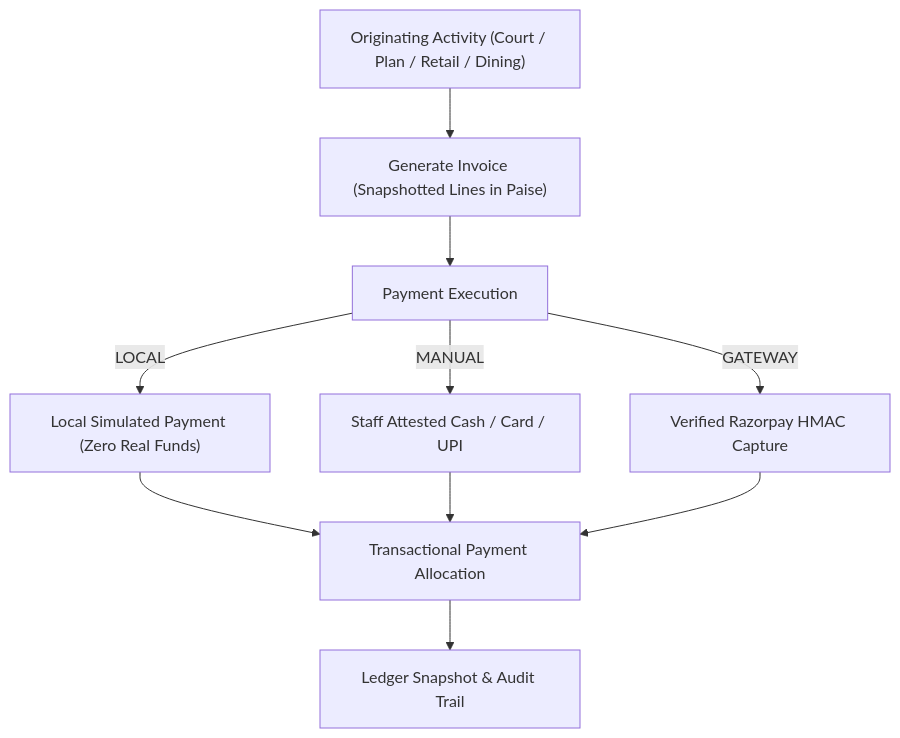
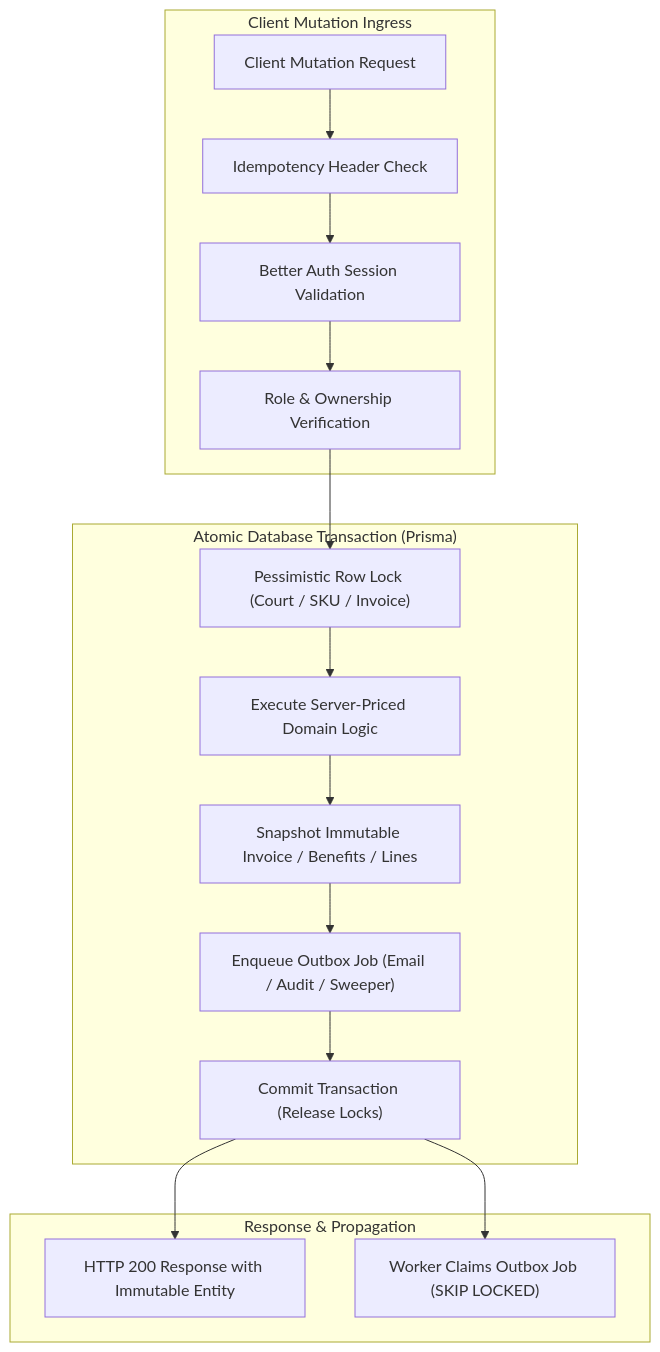
One commit to Charantej06/Sports-Club-Management-System changed the second of 12 diagrams in README.md. Above: the diagram before and after it, drawn with Mermaid. The commit also changed other lines of this file, not shown here.

Commit message:
docs: finalize comprehensive README with quickstart, architecture diagrams, and workflows

````diff
--- a/README.md
+++ b/README.md
@@ -221,12 +229,21 @@
 ```mermaid
 flowchart TD
-    Operation["Originating Activity (Court / Plan / Retail / Dining)"] --> Invoice["Generate Invoice (Snapshotted Lines in Paise)"]
-    Invoice --> Payment["Payment Execution"]
-    Payment -->|LOCAL| SimReceipt["Local Simulated Payment (Zero Real Funds)"]
-    Payment -->|MANUAL| StaffReceipt["Staff Attested Cash / Card / UPI"]
-    Payment -->|GATEWAY| RazorpayReceipt["Verified Razorpay HMAC Capture"]
-    SimReceipt --> Allocation["Transactional Payment Allocation"]
-    StaffReceipt --> Allocation
-    RazorpayReceipt --> Allocation
-    Allocation --> Ledger["Ledger Snapshot & Audit Trail"]
+    subgraph INGRESS["Client Mutation Ingress"]
+        REQ["Client Mutation Request"] --> IDEM["Idempotency Header Check"]
+        IDEM --> AUTH["Better Auth Session Validation"]
+        AUTH --> RBAC["Role & Ownership Verification"]
+    end
+
+    subgraph TX["Atomic Database Transaction (Prisma)"]
+        RBAC --> LOCK["Pessimistic Row Lock (Court / SKU / Invoice)"]
+        LOCK --> BIZ["Execute Server-Priced Domain Logic"]
+        BIZ --> SNAP["Snapshot Immutable Invoice / Benefits / Lines"]
+        SNAP --> ENQ["Enqueue Outbox Job (Email / Audit / Sweeper)"]
+        ENQ --> COMMIT["Commit Transaction (Release Locks)"]
+    end
+
+    subgraph POST["Response & Propagation"]
+        COMMIT --> RES["HTTP 200 Response with Immutable Entity"]
+        COMMIT --> ASYNC["Worker Claims Outbox Job (SKIP LOCKED)"]
+    end
 ```
````
